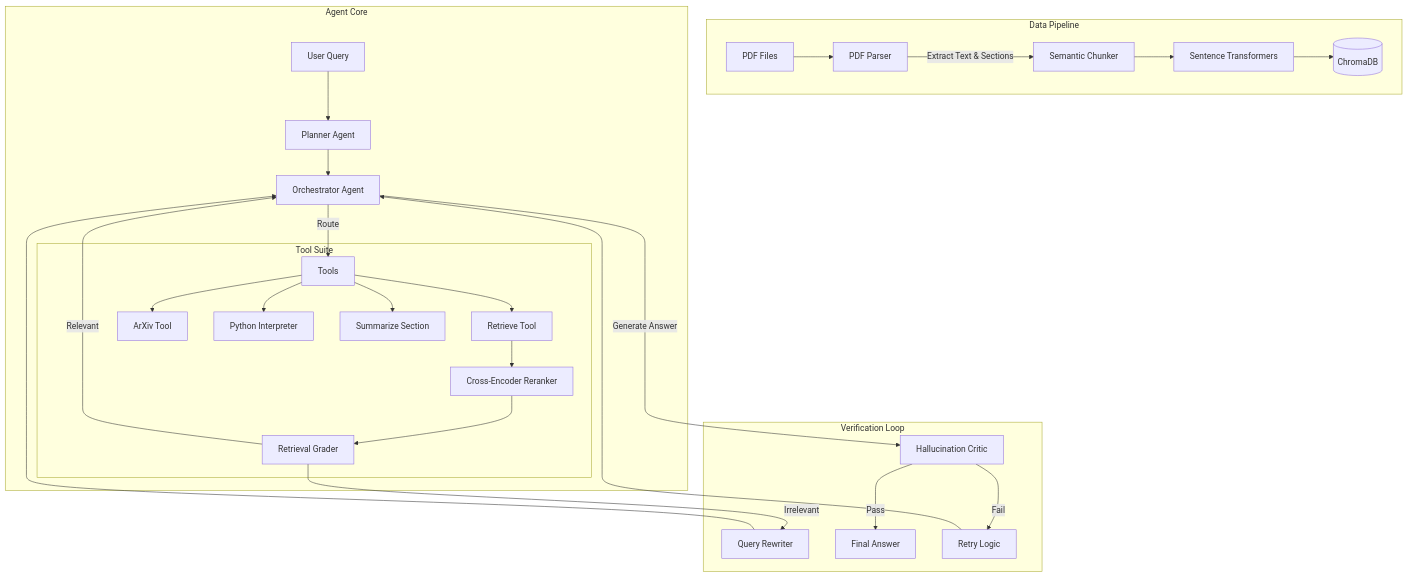
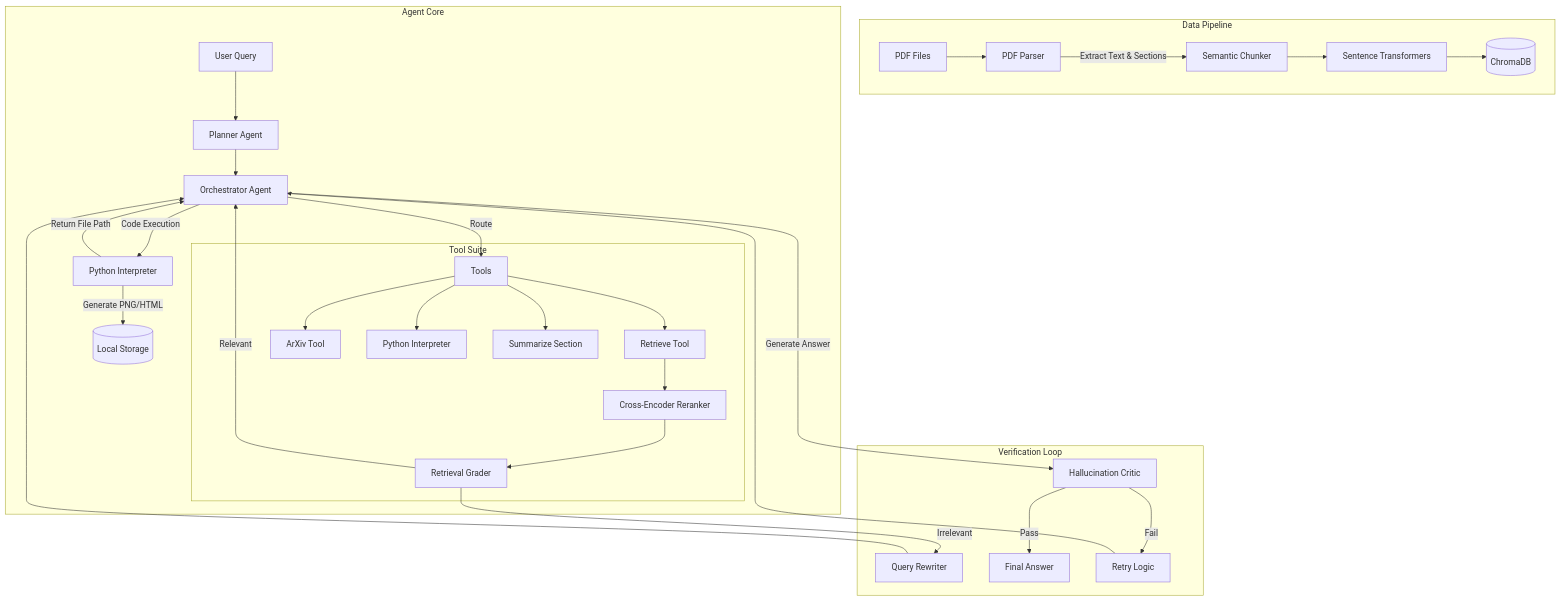
One commit to dineshmc1/rag-based-research-paper-assistant changed the first of 2 diagrams in README.md. Above: the diagram before and after it, drawn with Mermaid. The commit also changed other lines of this file, not shown here.

````diff
--- a/README.md
+++ b/README.md
@@ -34,36 +35,40 @@
 ```mermaid
 graph TD
     subgraph "Data Pipeline"
         PDF[PDF Files] --> Parser[PDF Parser]
         Parser --> |Extract Text & Sections| Chunker[Semantic Chunker]
         Chunker --> Embedding[Sentence Transformers]
         Embedding --> VectorDB[(ChromaDB)]
     end
 
     subgraph "Agent Core"
         User[User Query] --> Planner[Planner Agent]
         Planner --> Orchestrator[Orchestrator Agent]
         Orchestrator --> |Route| Tools
         
+        Orchestrator --> |Code Execution| PythonTool[Python Interpreter]
+        PythonTool --> |Generate PNG/HTML| Disk[(Local Storage)]
+        PythonTool --> |Return File Path| Orchestrator
+        
         subgraph "Tool Suite"
             Tools --> RAG[Retrieve Tool]
             Tools --> Arxiv[ArXiv Tool]
-            Tools --> Code[Python Interpreter]
+            Tools --> Nitrogen[Python Interpreter]
             Tools --> Sum[Summarize Section]
             
             RAG --> Rerank[Cross-Encoder Reranker]
             Rerank --> Grader1[Retrieval Grader]
         end
     end
 
     subgraph "Verification Loop"
         Grader1 --> |Relevant| Orchestrator
         Grader1 --> |Irrelevant| Rewrite[Query Rewriter]
         Rewrite --> Orchestrator
         
         Orchestrator --> |Generate Answer| Verifier[Hallucination Critic]
         Verifier --> |Pass| Final[Final Answer]
         Verifier --> |Fail| Loop[Retry Logic]
         Loop --> Orchestrator
     end
 ```
````
